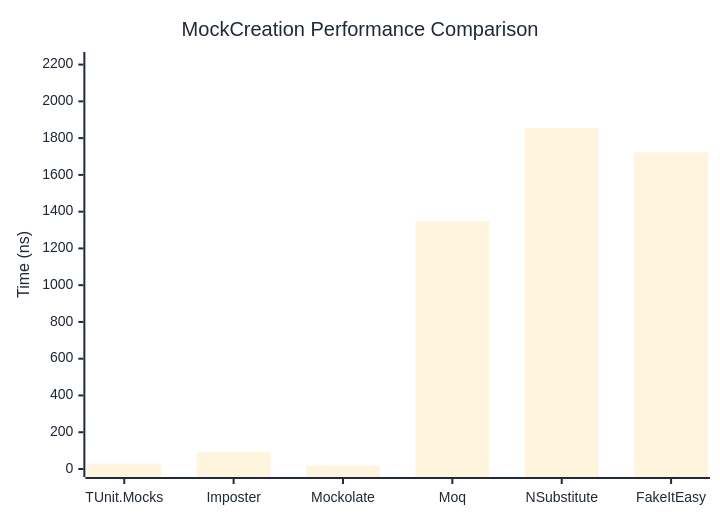
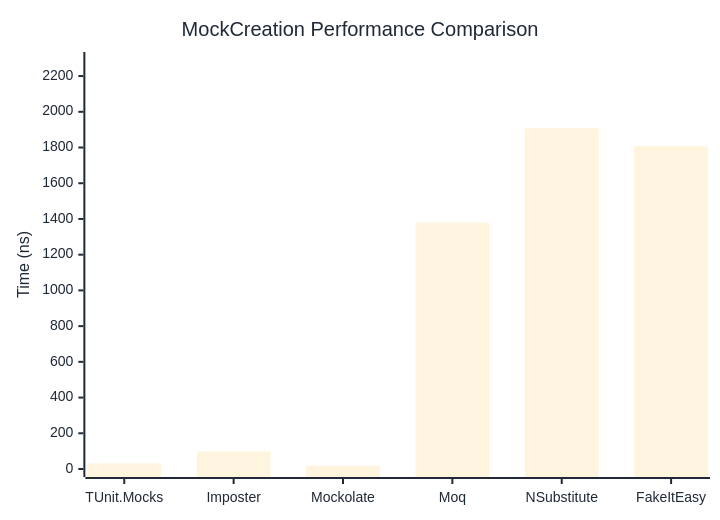
The first of 2 diagrams in docs/docs/benchmarks/mocks/MockCreation.md (thomhurst/TUnit), drawn with Mermaid before and after one commit. The commit also changed other lines of this file and 14 other files, not shown here.

````diff
--- a/docs/docs/benchmarks/mocks/MockCreation.md
+++ b/docs/docs/benchmarks/mocks/MockCreation.md
@@ -30,27 +30,27 @@
 ```mermaid
 %%{init: {
   'theme':'base',
   'themeVariables': {
     'primaryColor': '#2563eb',
     'primaryTextColor': '#1f2937',
     'primaryBorderColor': '#1e40af',
     'lineColor': '#6b7280',
     'secondaryColor': '#7c3aed',
     'tertiaryColor': '#dc2626',
     'background': '#ffffff',
     'pie1': '#2563eb',
     'pie2': '#7c3aed',
     'pie3': '#dc2626',
     'pie4': '#f59e0b',
     'pie5': '#10b981',
     'pie6': '#06b6d4',
     'pie7': '#ec4899',
     'pie8': '#6366f1'
   }
 }}%%
 xychart-beta
   title "MockCreation Performance Comparison"
   x-axis ["TUnit.Mocks", "Imposter", "Mockolate", "Moq", "NSubstitute", "FakeItEasy"]
-  y-axis "Time (ns)" 0 --> 2225
-  bar [29.33, 92.91, 18.16, 1347.51, 1853.77, 1722.14]
+  y-axis "Time (ns)" 0 --> 2290
+  bar [31.12, 98.25, 18.98, 1380.12, 1908.16, 1807.38]
 ```
````
